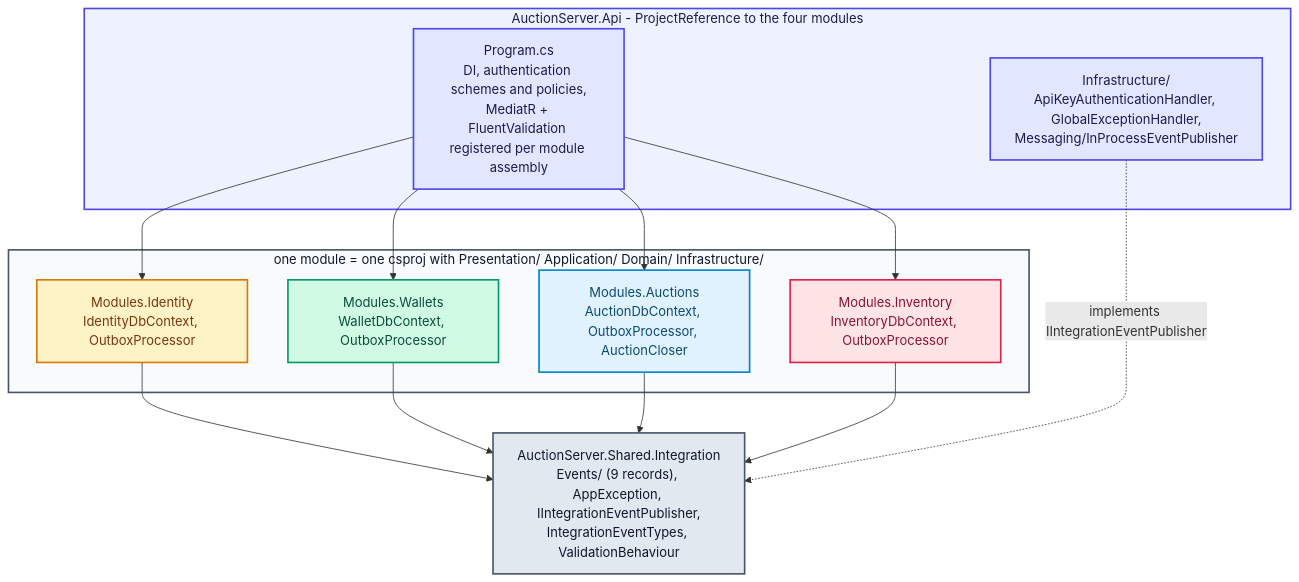
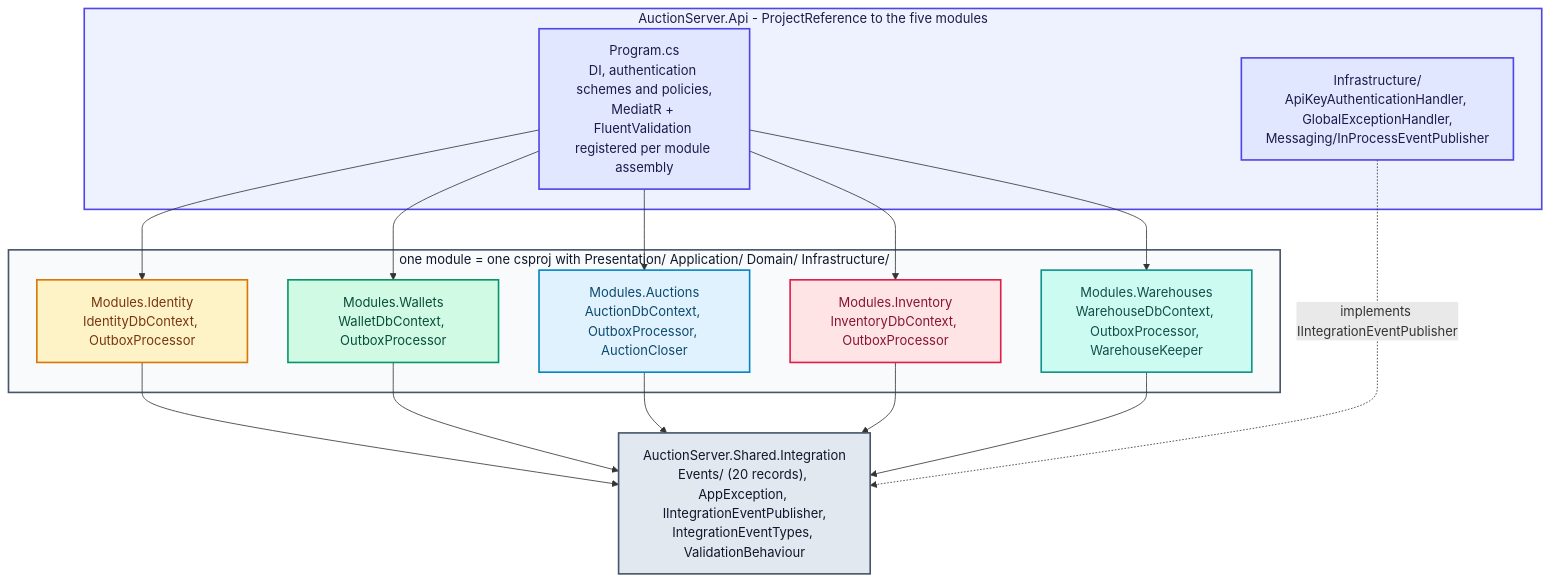
Before and after one commit to Zambrzyckii/Auction: the diagram in docs/diagrams/src/architecture-02-module-layering.mmd, drawn with Mermaid. The commit also changed 35 other files, not shown here.

```diff
--- a/docs/diagrams/src/architecture-02-module-layering.mmd
+++ b/docs/diagrams/src/architecture-02-module-layering.mmd
@@ -1,32 +1,34 @@
 flowchart TB
 
-    subgraph Host ["AuctionServer.Api - ProjectReference to the four modules"]
+    subgraph Host ["AuctionServer.Api - ProjectReference to the five modules"]
         Program["Program.cs<br/>DI, authentication schemes and policies,<br/>MediatR + FluentValidation registered per module assembly"]:::host
         ApiInfra["Infrastructure/<br/>ApiKeyAuthenticationHandler, GlobalExceptionHandler,<br/>Messaging/InProcessEventPublisher"]:::host
     end
 
     subgraph Modules ["one module = one csproj with Presentation/ Application/ Domain/ Infrastructure/"]
         Identity["Modules.Identity<br/>IdentityDbContext, OutboxProcessor"]:::identity
         Wallets["Modules.Wallets<br/>WalletDbContext, OutboxProcessor"]:::wallets
         Auctions["Modules.Auctions<br/>AuctionDbContext, OutboxProcessor, AuctionCloser"]:::auctions
         Inventory["Modules.Inventory<br/>InventoryDbContext, OutboxProcessor"]:::inventory
+        Warehouses["Modules.Warehouses<br/>WarehouseDbContext, OutboxProcessor, WarehouseKeeper"]:::warehouses
     end
 
-    Shared["AuctionServer.Shared.Integration<br/>Events/ (9 records), AppException, IIntegrationEventPublisher,<br/>IntegrationEventTypes, ValidationBehaviour"]:::shared
+    Shared["AuctionServer.Shared.Integration<br/>Events/ (20 records), AppException, IIntegrationEventPublisher,<br/>IntegrationEventTypes, ValidationBehaviour"]:::shared
 
-    Program --> Identity & Wallets & Auctions & Inventory
-    Identity & Wallets & Auctions & Inventory --> Shared
+    Program --> Identity & Wallets & Auctions & Inventory & Warehouses
+    Identity & Wallets & Auctions & Inventory & Warehouses --> Shared
     ApiInfra -.->|"implements IIntegrationEventPublisher"| Shared
 
     style Host fill:#EEF2FF,stroke:#4F46E5,stroke-width:2px,color:#1E1B4B
     style Modules fill:#F8FAFC,stroke:#475569,stroke-width:2px,color:#0F172A
 
     classDef client    fill:#FFEDD5,stroke:#EA580C,stroke-width:2px,color:#7C2D12
     classDef host      fill:#E0E7FF,stroke:#4F46E5,stroke-width:2px,color:#1E1B4B
     classDef identity  fill:#FEF3C7,stroke:#D97706,stroke-width:2px,color:#78350F
     classDef wallets   fill:#D1FAE5,stroke:#059669,stroke-width:2px,color:#064E3B
     classDef auctions  fill:#E0F2FE,stroke:#0284C7,stroke-width:2px,color:#0C4A6E
     classDef inventory fill:#FFE4E6,stroke:#E11D48,stroke-width:2px,color:#881337
+    classDef warehouses fill:#CCFBF1,stroke:#0D9488,stroke-width:2px,color:#134E4A
     classDef shared    fill:#E2E8F0,stroke:#475569,stroke-width:2px,color:#0F172A
     classDef planned   fill:#F4F4F5,stroke:#71717A,stroke-width:2px,stroke-dasharray:6 4,color:#27272A
     classDef db        fill:#F3E8FF,stroke:#9333EA,stroke-width:2px,color:#581C87
```
